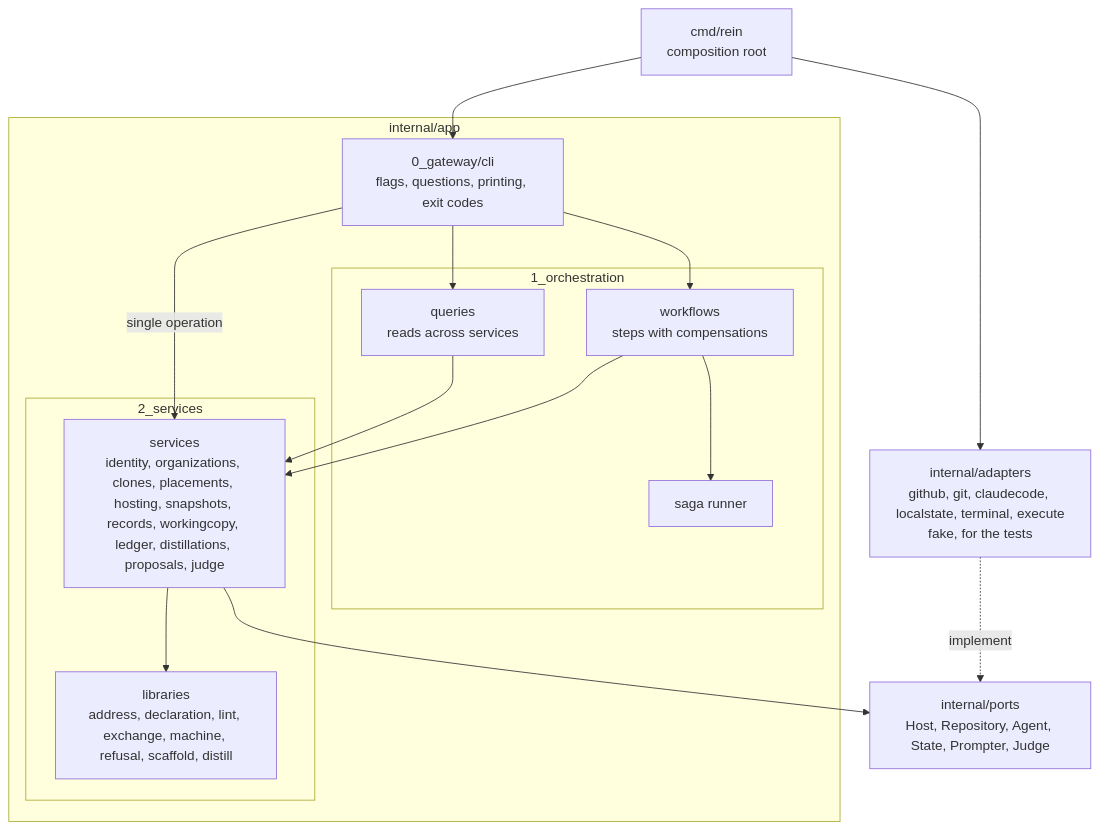
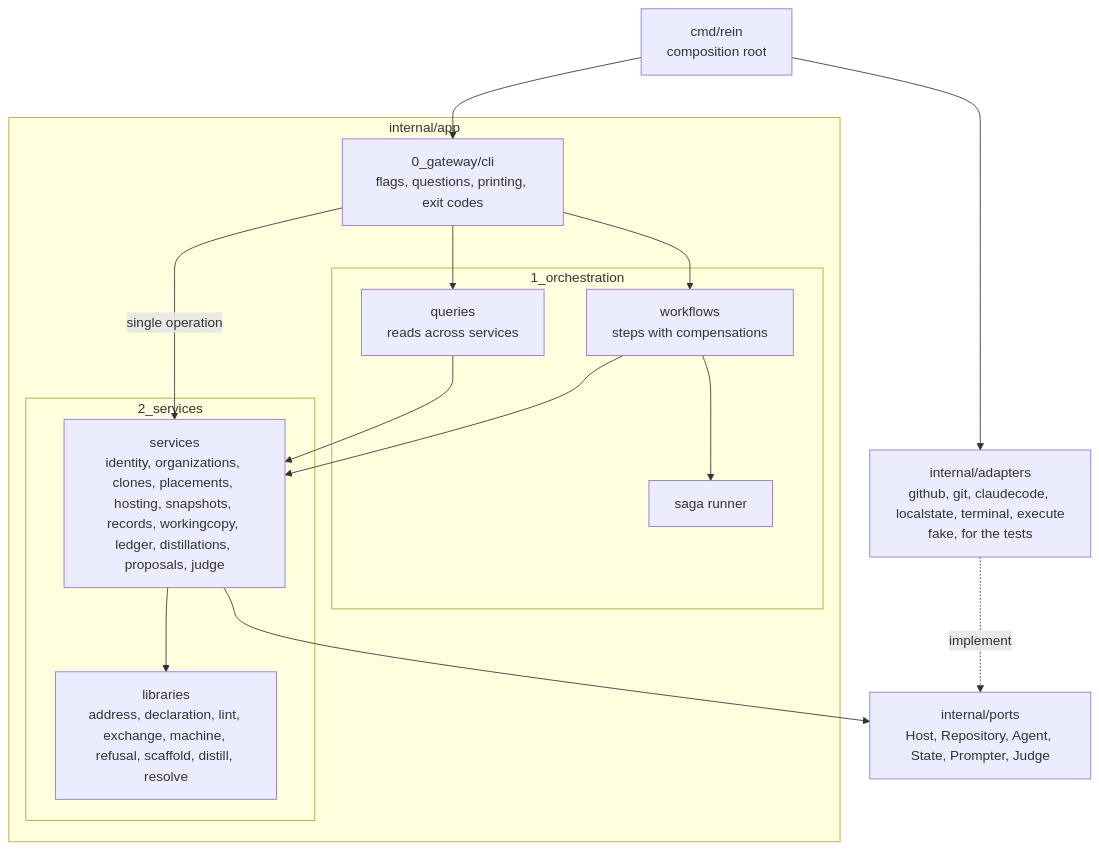
One commit to Danidani23/agents-rein changed the diagram in docs/architecture.md. Above: the diagram before and after it, drawn with Mermaid. The commit also changed other lines of this file and 19 other files, not shown here.

````diff
--- a/docs/architecture.md
+++ b/docs/architecture.md
@@ -18,30 +18,30 @@
 ```mermaid
 flowchart TB
     main["cmd/rein<br/>composition root"]
     subgraph app["internal/app"]
         gateway["0_gateway/cli<br/>flags, questions, printing, exit codes"]
         subgraph orchestration["1_orchestration"]
             workflows["workflows<br/>steps with compensations"]
             queries["queries<br/>reads across services"]
             runner["saga runner"]
         end
         subgraph services["2_services"]
             svc["services<br/>identity, organizations, clones, placements, hosting, snapshots, records, workingcopy, ledger, distillations, proposals, judge"]
-            libs["libraries<br/>address, declaration, lint, exchange, machine, refusal, scaffold, distill"]
+            libs["libraries<br/>address, declaration, lint, exchange, machine, refusal, scaffold, distill, resolve"]
         end
     end
     ports["internal/ports<br/>Host, Repository, Agent, State, Prompter, Judge"]
     adapters["internal/adapters<br/>github, git, claudecode, localstate, terminal, execute<br/>fake, for the tests"]
 
     main --> gateway
     main --> adapters
     gateway --> workflows
     gateway --> queries
     gateway -- "single operation" --> svc
     workflows --> runner
     workflows --> svc
     queries --> svc
     svc --> ports
     svc --> libs
     adapters -. implement .-> ports
 ```
````
